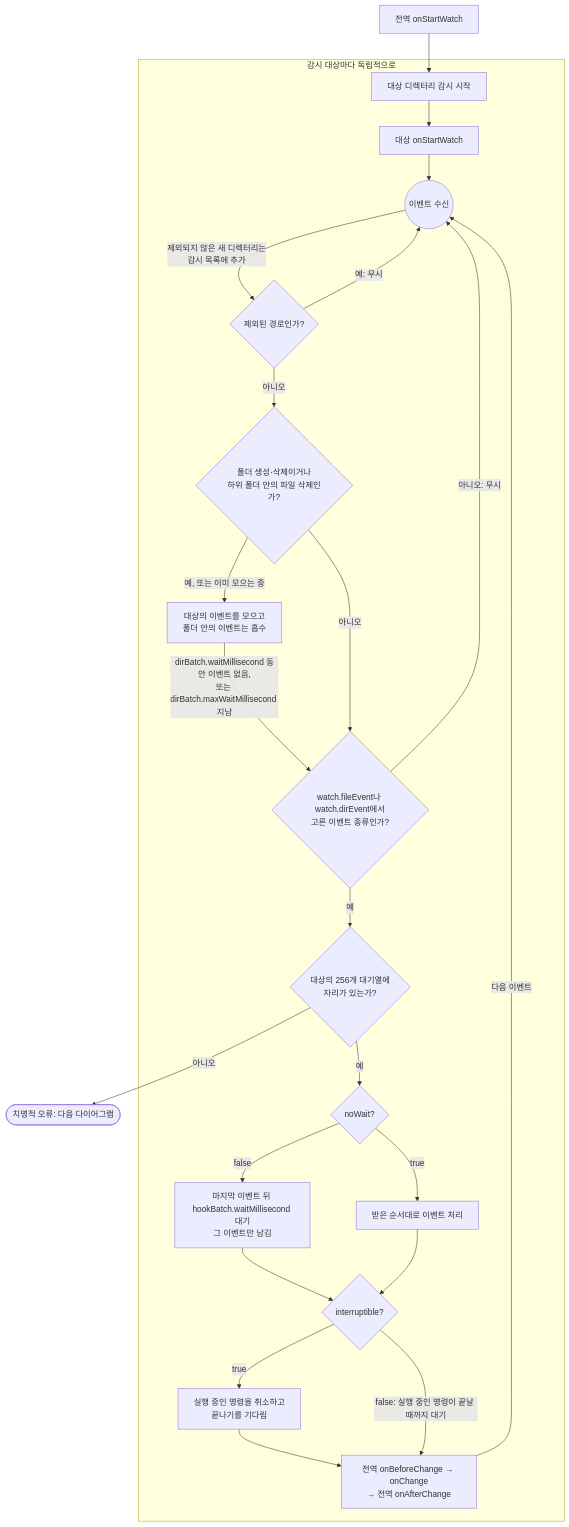
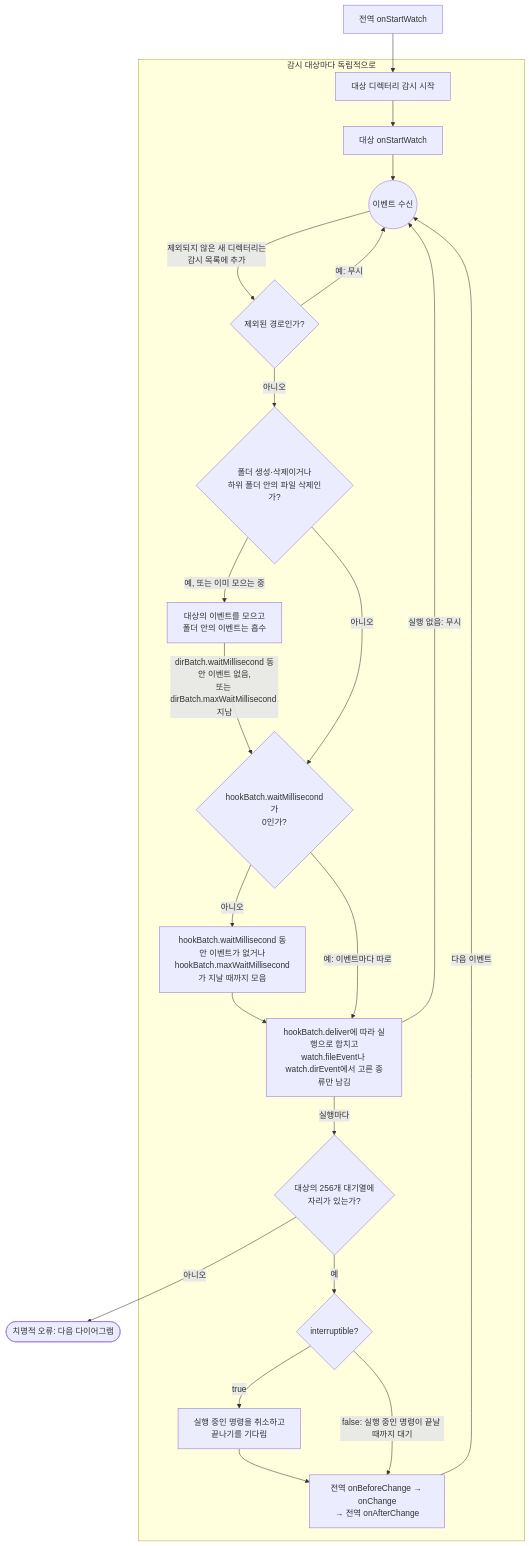
One commit to seungyeop-lee/directory-watcher changed the first of 2 diagrams in README.ko.md. Above: the diagram before and after it, drawn with Mermaid. The commit also changed other lines of this file and 47 other files, not shown here.

First line of the commit message:
feat!: hookBatch에 maxWaitMillisecond와 deliver를 넣고 noWait를 없앰

````diff
--- a/README.ko.md
+++ b/README.ko.md
@@ -150,43 +150,41 @@
 ```mermaid
 flowchart TD
     globalStart["전역 onStartWatch"]
     subgraph eachTarget["감시 대상마다 독립적으로"]
         watchDirs["대상 디렉터리 감시 시작"]
         targetStart["대상 onStartWatch"]
         receiveEvent(("이벤트 수신"))
         excludeCheck{"제외된 경로인가?"}
         collectChoice{"폴더 생성·삭제이거나<br>하위 폴더 안의 파일 삭제인가?"}
         collectFolder["대상의 이벤트를 모으고<br>폴더 안의 이벤트는 흡수"]
-        kindFilter{"watch.fileEvent나 watch.dirEvent에서<br>고른 이벤트 종류인가?"}
+        waitChoice{"hookBatch.waitMillisecond가<br>0인가?"}
+        collectHook["hookBatch.waitMillisecond 동안 이벤트가 없거나<br>hookBatch.maxWaitMillisecond가 지날 때까지 모음"]
+        mergeRuns["hookBatch.deliver에 따라 실행으로 합치고<br>watch.fileEvent나 watch.dirEvent에서 고른 종류만 남김"]
         queueEvent{"대상의 256개 대기열에<br>자리가 있는가?"}
-        modeChoice{"noWait?"}
-        debounceWait["마지막 이벤트 뒤 hookBatch.waitMillisecond 대기<br>그 이벤트만 남김"]
-        orderedRun["받은 순서대로 이벤트 처리"]
         interruptChoice{"interruptible?"}
         cancelPrevious["실행 중인 명령을 취소하고<br>끝나기를 기다림"]
         runChange["전역 onBeforeChange → onChange<br>→ 전역 onAfterChange"]
     end
     fatalStop(["치명적 오류: 다음 다이어그램"])
 
     globalStart --> watchDirs
     watchDirs --> targetStart
     targetStart --> receiveEvent
     receiveEvent -->|"제외되지 않은 새 디렉터리는<br>감시 목록에 추가"| excludeCheck
     excludeCheck -->|"예: 무시"| receiveEvent
     excludeCheck -->|"아니오"| collectChoice
     collectChoice -->|"예, 또는 이미 모으는 중"| collectFolder
-    collectChoice -->|"아니오"| kindFilter
-    collectFolder -->|"dirBatch.waitMillisecond 동안 이벤트 없음,<br>또는 dirBatch.maxWaitMillisecond 지남"| kindFilter
-    kindFilter -->|"아니오: 무시"| receiveEvent
-    kindFilter -->|"예"| queueEvent
+    collectChoice -->|"아니오"| waitChoice
+    collectFolder -->|"dirBatch.waitMillisecond 동안 이벤트 없음,<br>또는 dirBatch.maxWaitMillisecond 지남"| waitChoice
+    waitChoice -->|"아니오"| collectHook
+    waitChoice -->|"예: 이벤트마다 따로"| mergeRuns
+    collectHook --> mergeRuns
+    mergeRuns -->|"실행 없음: 무시"| receiveEvent
+    mergeRuns -->|"실행마다"| queueEvent
     queueEvent -->|"아니오"| fatalStop
-    queueEvent -->|"예"| modeChoice
-    modeChoice -->|"false"| debounceWait
-    modeChoice -->|"true"| orderedRun
-    debounceWait --> interruptChoice
-    orderedRun --> interruptChoice
+    queueEvent -->|"예"| interruptChoice
     interruptChoice -->|"true"| cancelPrevious
     interruptChoice -->|"false: 실행 중인 명령이 끝날 때까지 대기"| runChange
     cancelPrevious --> runChange
     runChange -->|"다음 이벤트"| receiveEvent
 ```
````
